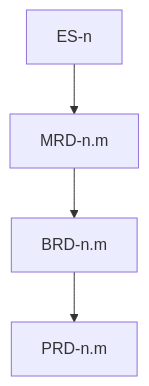
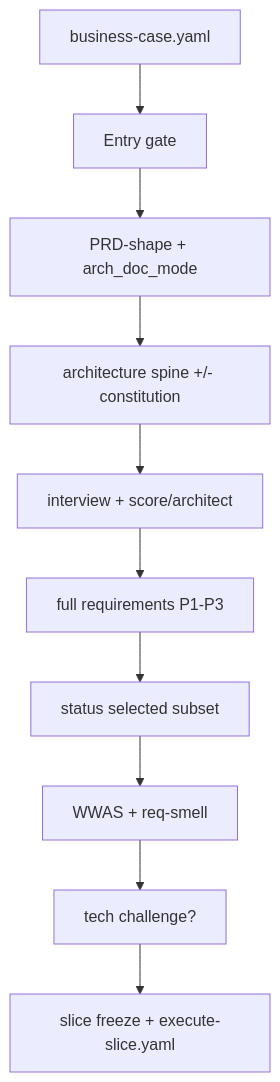
One commit to rr-agentic-kit/ai-plugins changed the diagram in plugins/rrraw/skills/rr-planner/refs/cascade.md. Above: the diagram before and after it, drawn with Mermaid. The commit also changed other lines of this file and 181 other files, not shown here.

````diff
--- a/plugins/rrraw/skills/rr-planner/refs/cascade.md
+++ b/plugins/rrraw/skills/rr-planner/refs/cascade.md
@@ -22,6 +21,12 @@
 ```mermaid
 flowchart TD
-  ES["ES-n"] --> MRD["MRD-n.m"]
-  MRD --> BRD["BRD-n.m"]
-  BRD --> PRD["PRD-n.m"]
+  BC["business-case.yaml"] --> Gate["Entry gate"]
+  Gate --> Posture["PRD-shape + arch_doc_mode"]
+  Posture --> Standing["architecture spine +/- constitution"]
+  Standing --> Interview["interview + score/architect"]
+  Interview --> FullReq["full requirements P1-P3"]
+  FullReq --> Select["status selected subset"]
+  Select --> Smell["WWAS + req-smell"]
+  Smell --> Challenge["tech challenge?"]
+  Challenge --> Slice["slice freeze + execute-slice.yaml"]
 ```
````
